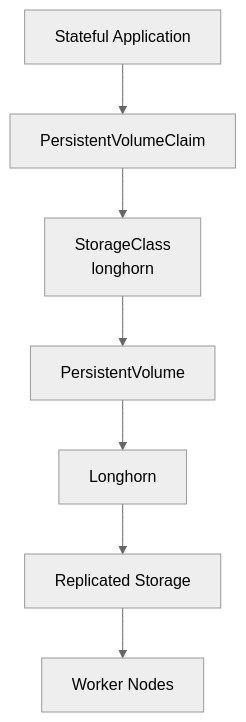
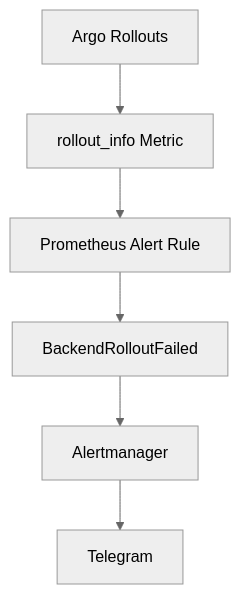
Before and after one commit to ahmed-sayed-devops/microservices-platform-gitops: diagram 20 of 40 in README.md, drawn with Mermaid (neutral theme). The commit also changed other lines of this file and 13 other files, not shown here.

Commit message:
docs: update progressive delivery and platform architecture

````diff
--- a/README.md
+++ b/README.md
@@ -870,17 +968,9 @@
 ```mermaid
 graph TD
-    APP["Stateful Application"]
-    PVC["PersistentVolumeClaim"]
-    SC["StorageClass<br/>longhorn"]
-    PV["PersistentVolume"]
-    LONGHORN["Longhorn"]
-    REPLICAS["Replicated Storage"]
-    WORKERS["Worker Nodes"]
 
-    APP --> PVC
-    PVC --> SC
-    SC --> PV
-    PV --> LONGHORN
-    LONGHORN --> REPLICAS
-    REPLICAS --> WORKERS
+    A["Argo Rollouts"] --> B["rollout_info Metric"]
+    B --> C["Prometheus Alert Rule"]
+    C --> D["BackendRolloutFailed"]
+    D --> E["Alertmanager"]
+    E --> F["Telegram"]
 ```
````
